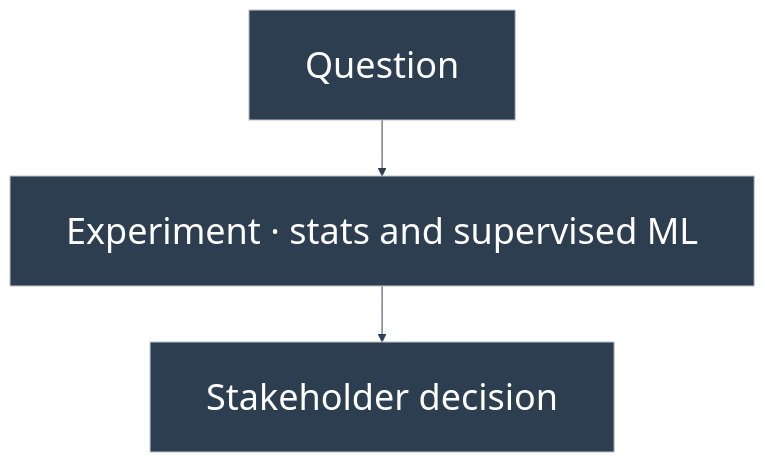
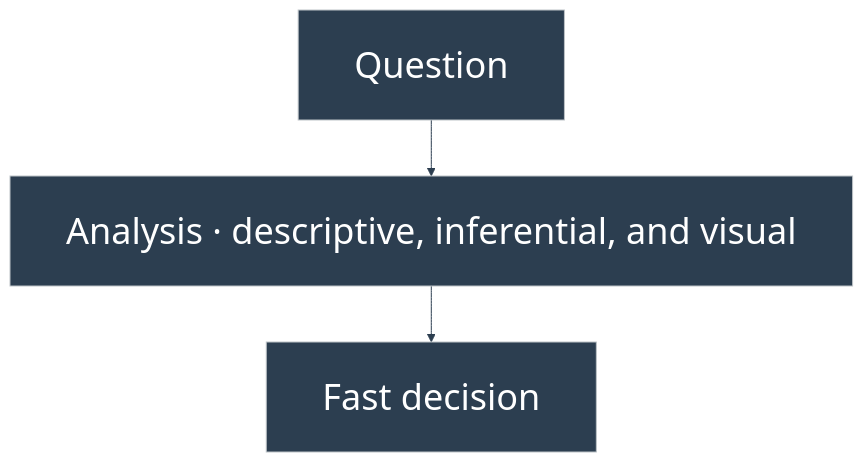
Before and after one commit to duducm2/my-personal-repo: diagram 11 of 15 in portfolio/mermaid/diagrams.md, drawn with Mermaid. The commit also changed other lines of this file and 40 other files, not shown here.

````diff
--- a/portfolio/mermaid/diagrams.md
+++ b/portfolio/mermaid/diagrams.md
@@ -221,8 +221,8 @@
 ```mermaid
 %%{init: {'theme': 'base', 'themeVariables': { 'primaryColor': '#2c3e50', 'primaryTextColor': '#fff', 'primaryBorderColor': '#bdc3c7', 'lineColor': '#2c3e50', 'fontFamily': 'Lato', 'fontSize': '36px'}, 'flowchart': {'padding': 28, 'rankSpacing': 56, 'wrappingWidth': 900}}}%%
 flowchart TB
   Q["Question"]
-  E["Experiment · stats and supervised ML"]
-  D["Stakeholder decision"]
+  E["Analysis · descriptive, inferential, and visual"]
+  D["Fast decision"]
   Q --> E --> D
 ```
````
